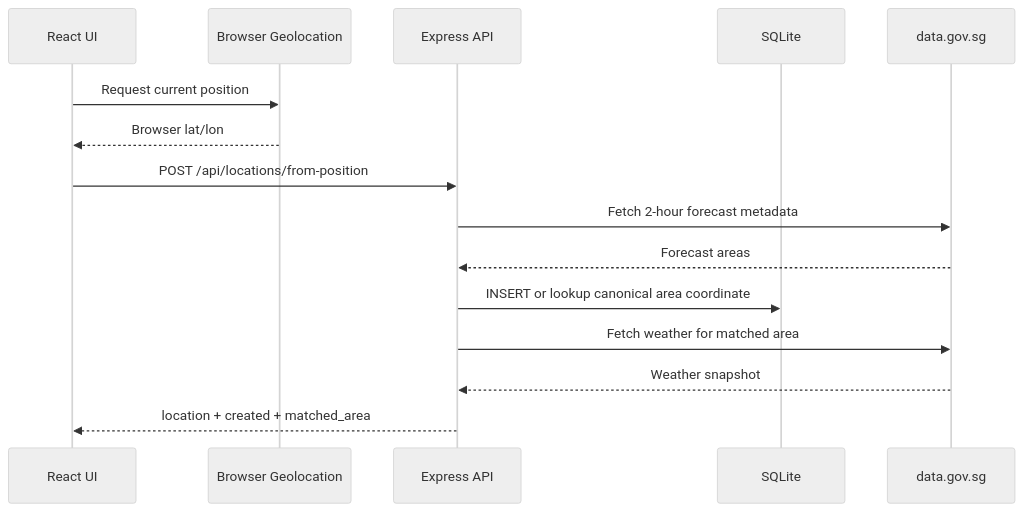
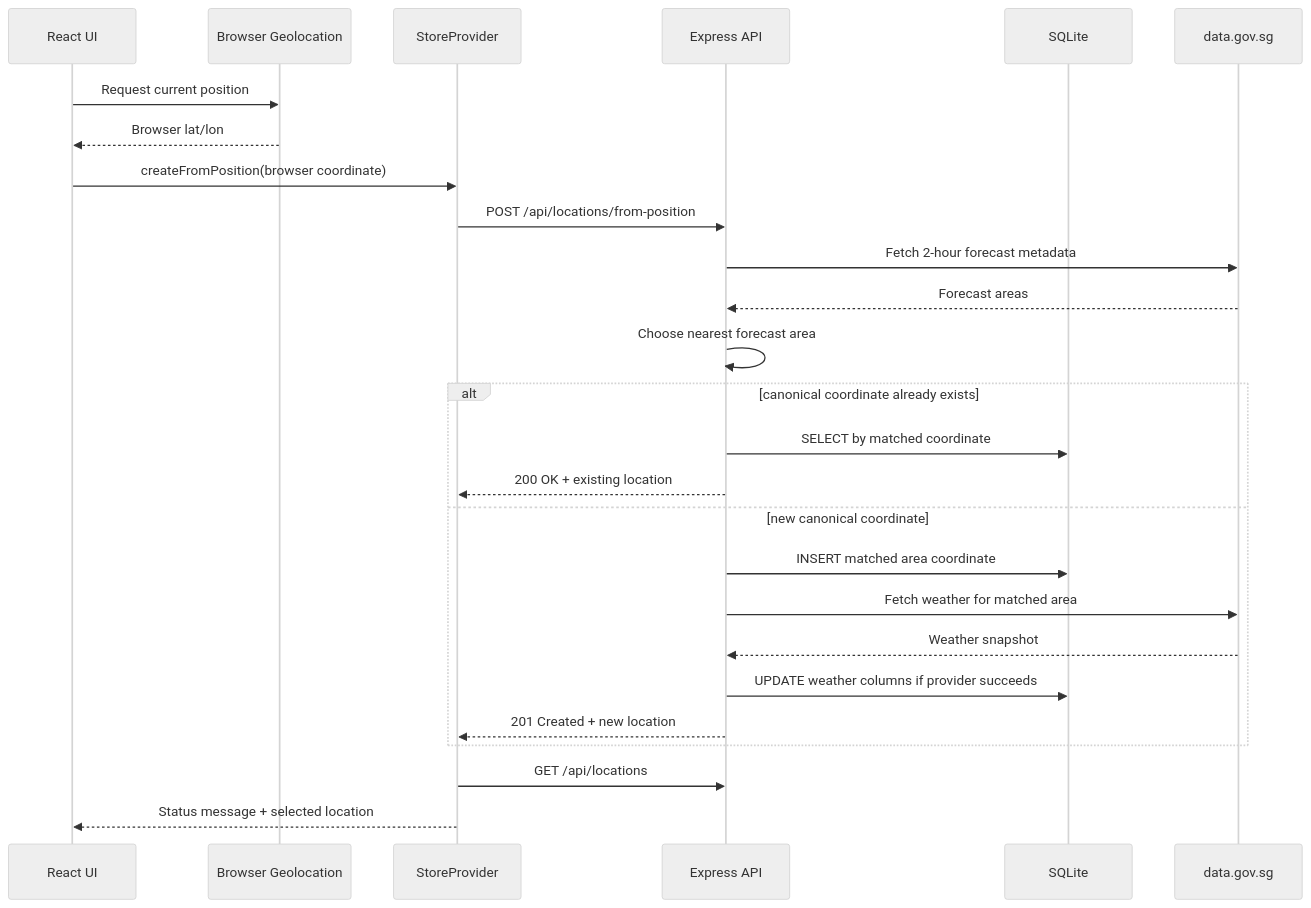
One commit to optiflow/sg-weather-ops-dashboard changed the second of 2 diagrams in docs/src/content/docs/guides/adding-locations.md. Above: the diagram before and after it, drawn with Mermaid (neutral theme). The commit also changed other lines of this file and 7 other files, not shown here.

````diff
--- a/docs/src/content/docs/guides/adding-locations.md
+++ b/docs/src/content/docs/guides/adding-locations.md
@@ -53,18 +85,29 @@
 ```mermaid
 sequenceDiagram
   participant UI as React UI
   participant Browser as Browser Geolocation
+  participant Store as StoreProvider
   participant API as Express API
   participant DB as SQLite
   participant Gov as data.gov.sg
 
   UI->>Browser: Request current position
   Browser-->>UI: Browser lat/lon
-  UI->>API: POST /api/locations/from-position
+  UI->>Store: createFromPosition(browser coordinate)
+  Store->>API: POST /api/locations/from-position
   API->>Gov: Fetch 2-hour forecast metadata
   Gov-->>API: Forecast areas
-  API->>DB: INSERT or lookup canonical area coordinate
-  API->>Gov: Fetch weather for matched area
-  Gov-->>API: Weather snapshot
-  API-->>UI: location + created + matched_area
+  API->>API: Choose nearest forecast area
+  alt canonical coordinate already exists
+    API->>DB: SELECT by matched coordinate
+    API-->>Store: 200 OK + existing location
+  else new canonical coordinate
+    API->>DB: INSERT matched area coordinate
+    API->>Gov: Fetch weather for matched area
+    Gov-->>API: Weather snapshot
+    API->>DB: UPDATE weather columns if provider succeeds
+    API-->>Store: 201 Created + new location
+  end
+  Store->>API: GET /api/locations
+  Store-->>UI: Status message + selected location
 ```
````
